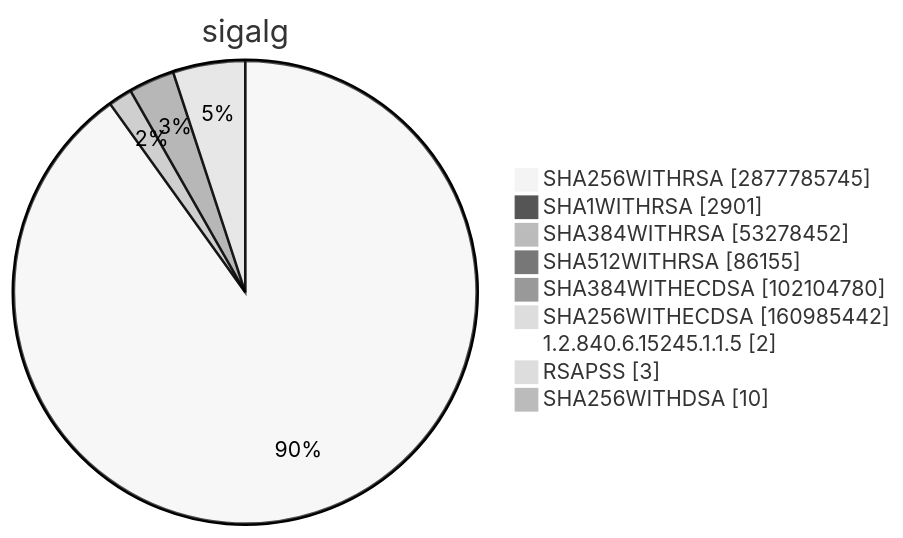
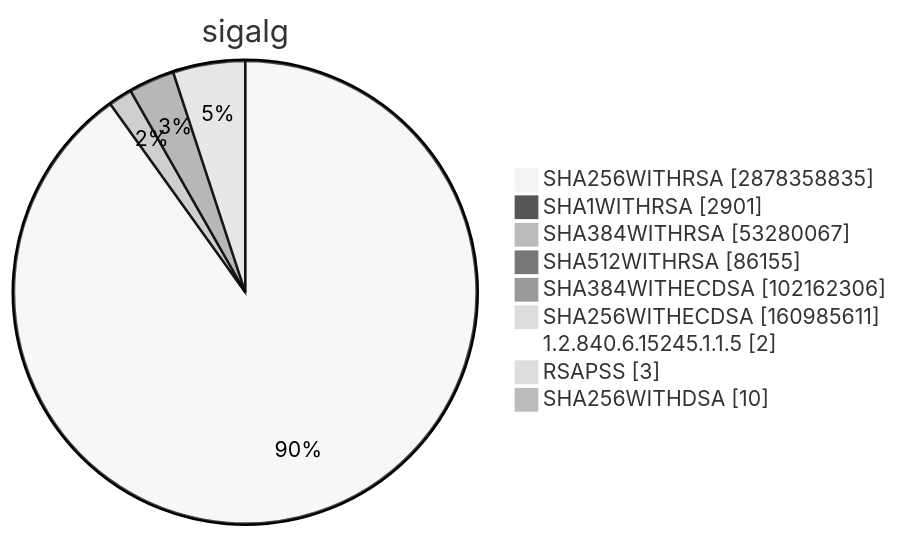
Before and after one commit to christiankrug/ctmonitor_visualization: diagram 15 of 15 in TOTAL/README.md, drawn with Mermaid (neutral theme). The commit also changed other lines of this file, not shown here.

````diff
--- a/TOTAL/README.md
+++ b/TOTAL/README.md
@@ -6207,13 +6207,13 @@
 ```mermaid
 pie showData
 title sigalg
-"SHA256WITHRSA" :2877785745
+"SHA256WITHRSA" :2878358835
 "SHA1WITHRSA" :2901
-"SHA384WITHRSA" :53278452
+"SHA384WITHRSA" :53280067
 "SHA512WITHRSA" :86155
-"SHA384WITHECDSA" :102104780
-"SHA256WITHECDSA" :160985442
+"SHA384WITHECDSA" :102162306
+"SHA256WITHECDSA" :160985611
 "1.2.840.6.15245.1.1.5" :2
 "RSAPSS" :3
 "SHA256WITHDSA" :10
 ```
````
